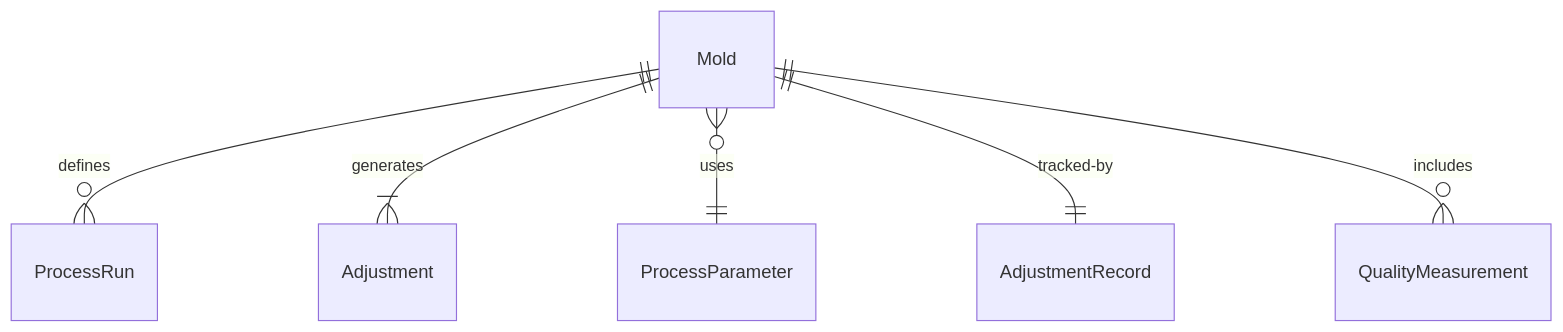
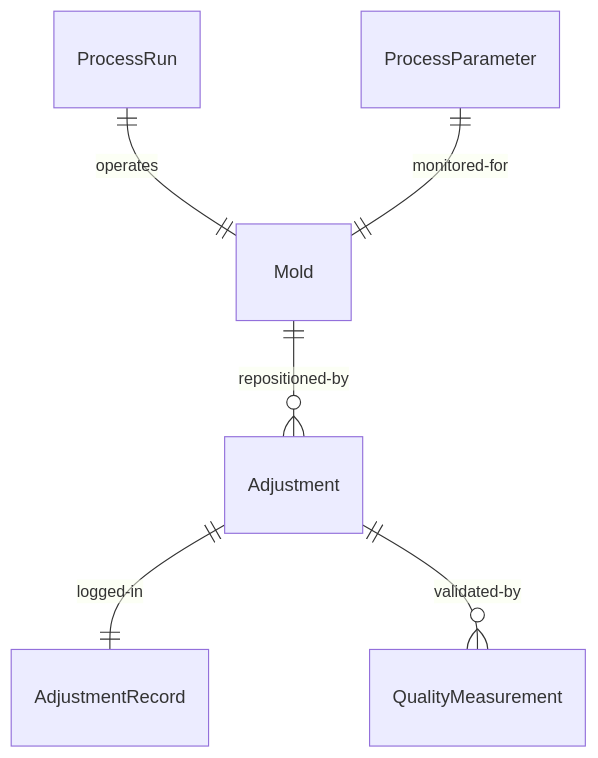
One commit to dot-org-ai/tasks.org.ai changed the first of 4 diagrams in HandlingAndMovingObjects/PositionToolsOrEquipment/AdjustPositionMoldsDuringProcessing.mdx. Above: the diagram before and after it, drawn with Mermaid. The commit also changed other lines of this file and 515 other files, not shown here.

````diff
--- a/HandlingAndMovingObjects/PositionToolsOrEquipment/AdjustPositionMoldsDuringProcessing.mdx
+++ b/HandlingAndMovingObjects/PositionToolsOrEquipment/AdjustPositionMoldsDuringProcessing.mdx
@@ -88,8 +88,8 @@
 ```mermaid
 erDiagram
-    Mold ||--o{ ProcessRun : "defines"
-    Mold ||--|{ Adjustment : "generates"
-    Mold }o--|| ProcessParameter : "uses"
-    Mold ||--|| AdjustmentRecord : "tracked-by"
-    Mold ||--o{ QualityMeasurement : "includes"
+    ProcessRun ||--|| Mold : "operates"
+    Mold ||--o{ Adjustment : "repositioned-by"
+    ProcessParameter ||--|| Mold : "monitored-for"
+    Adjustment ||--|| AdjustmentRecord : "logged-in"
+    Adjustment ||--o{ QualityMeasurement : "validated-by"
 ```
````
